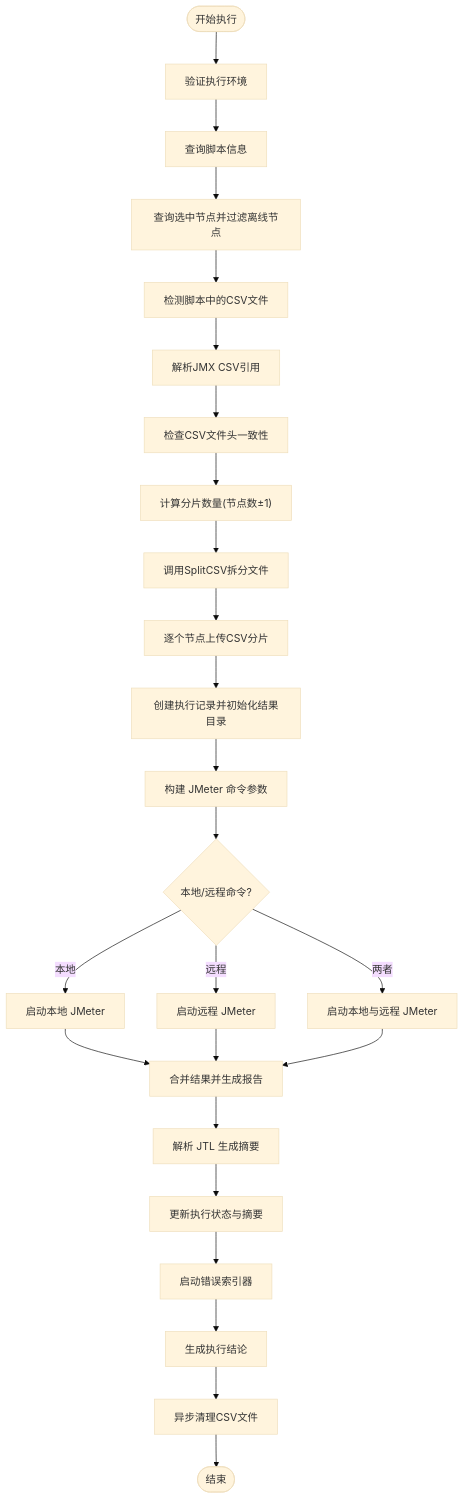
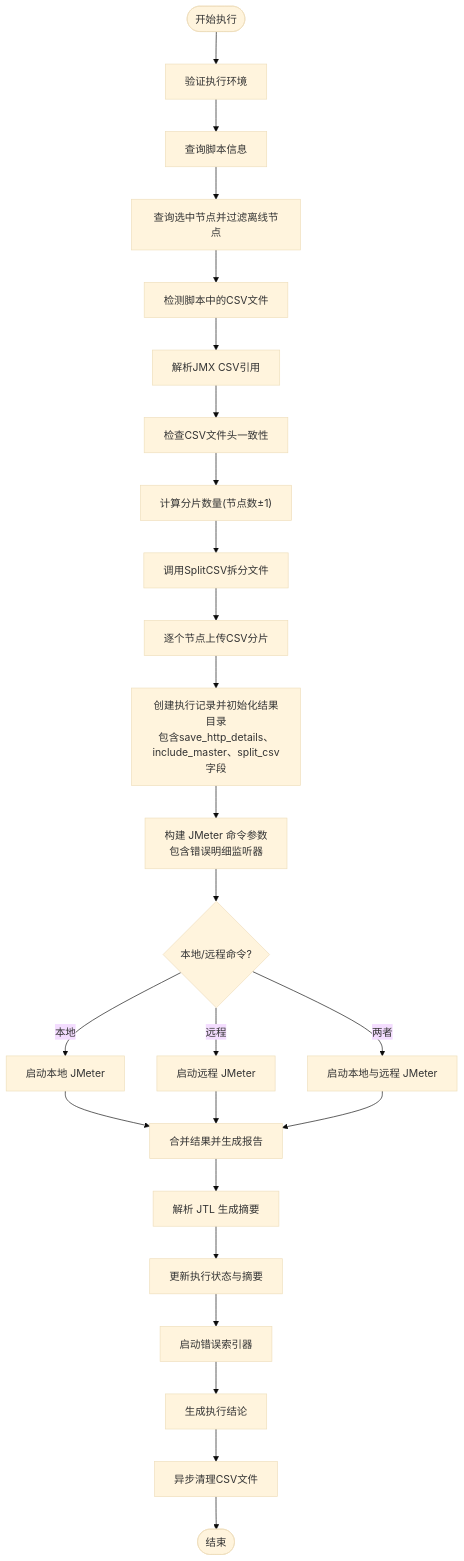
The third of 12 diagrams in .qoder/repowiki/zh/content/核心业务模块/执行管理系统/执行管理系统.md (Liyuhao02/Jmeter-Admin), drawn with Mermaid (base theme) before and after one commit. The commit also changed other lines of this file and 16 other files, not shown here.

````diff
--- a/.qoder/repowiki/zh/content/核心业务模块/执行管理系统/执行管理系统.md
+++ b/.qoder/repowiki/zh/content/核心业务模块/执行管理系统/执行管理系统.md
@@ -464,27 +275,27 @@
 ```mermaid
 flowchart TD
 Start(["开始执行"]) --> ValidateEnv["验证执行环境"]
 ValidateEnv --> QueryScript["查询脚本信息"]
 QueryScript --> QuerySlaves["查询选中节点并过滤离线节点"]
 QuerySlaves --> DetectCSV["检测脚本中的CSV文件"]
 DetectCSV --> ExtractCSVRefs["解析JMX CSV引用"]
 ExtractCSVRefs --> CheckHeaderConsistency["检查CSV文件头一致性"]
 CheckHeaderConsistency --> CalcPartCount["计算分片数量(节点数±1)"]
 CalcPartCount --> SplitCSV["调用SplitCSV拆分文件"]
 SplitCSV --> UploadToAgents["逐个节点上传CSV分片"]
-UploadToAgents --> CreateExec["创建执行记录并初始化结果目录"]
-CreateExec --> BuildArgs["构建 JMeter 命令参数"]
+UploadToAgents --> CreateExec["创建执行记录并初始化结果目录<br/>包含save_http_details、include_master、split_csv字段"]
+CreateExec --> BuildArgs["构建 JMeter 命令参数<br/>包含错误明细监听器"]
 BuildArgs --> RunCmd{"本地/远程命令?"}
 RunCmd --> |本地| LocalCmd["启动本地 JMeter"]
 RunCmd --> |远程| RemoteCmd["启动远程 JMeter"]
 RunCmd --> |两者| BothCmd["启动本地与远程 JMeter"]
 LocalCmd --> Merge["合并结果并生成报告"]
 RemoteCmd --> Merge
 BothCmd --> Merge
 Merge --> Parse["解析 JTL 生成摘要"]
 Parse --> UpdateStatus["更新执行状态与摘要"]
 UpdateStatus --> StartErrorIndexer["启动错误索引器"]
 StartErrorIndexer --> GenerateConclusion["生成执行结论"]
 GenerateConclusion --> Cleanup["异步清理CSV文件"]
 Cleanup --> End(["结束"])
 ```
````
